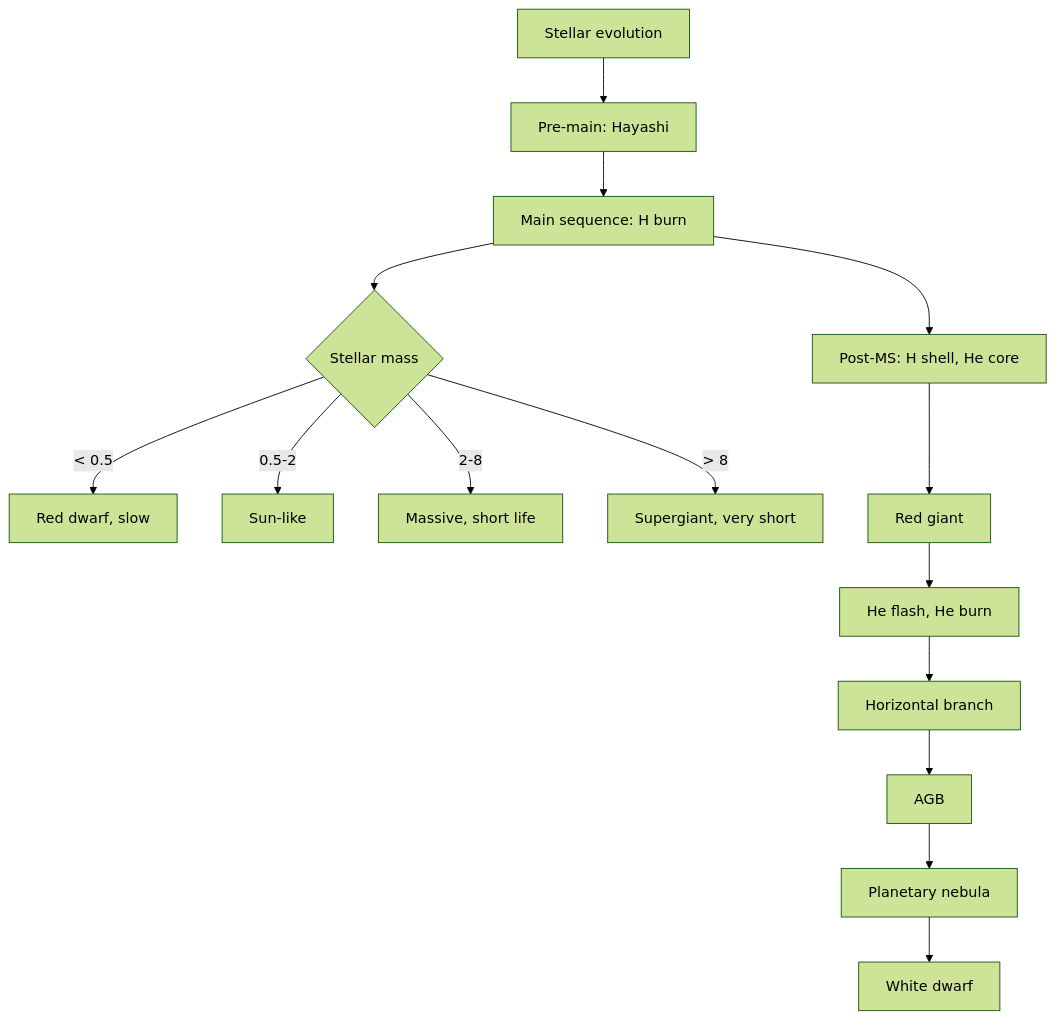
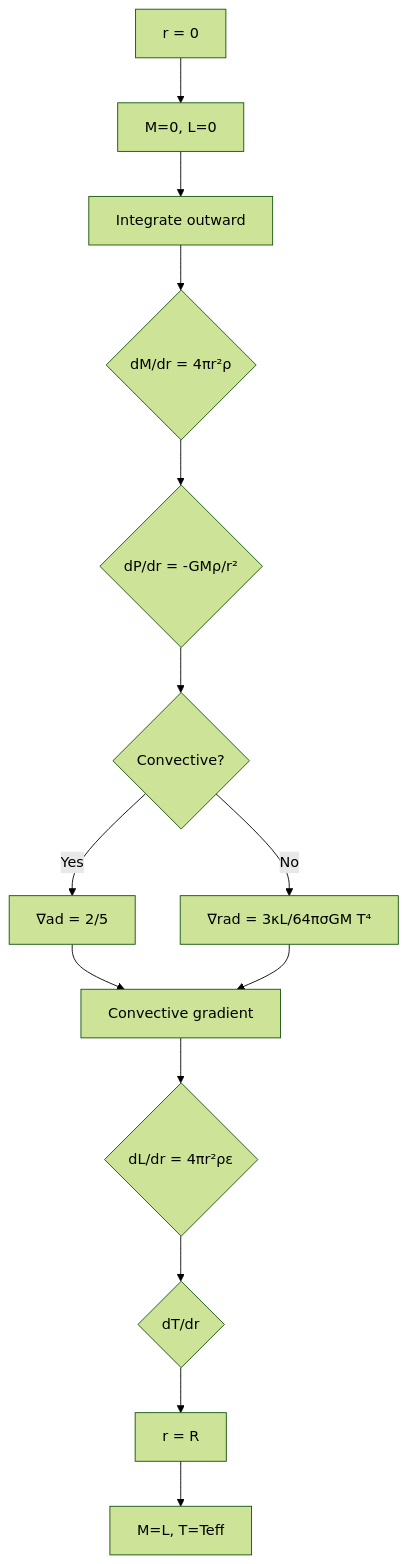
The fourth of 7 diagrams in 01_BSc_Physics/electives/PHYS_3071_Stellar_Astrophysics/README.md (yip-lgtm/PhysicsSelfStudy), drawn with Mermaid (forest theme) before and after one commit. The commit also changed other lines of this file and 4 other files, not shown here.

````diff
--- a/01_BSc_Physics/electives/PHYS_3071_Stellar_Astrophysics/README.md
+++ b/01_BSc_Physics/electives/PHYS_3071_Stellar_Astrophysics/README.md
@@ -131,17 +679,16 @@
 ```mermaid
 graph TD
-    A[Stellar evolution] --> B[Pre-main: Hayashi]
-    B --> C[Main sequence: H burn]
-    C --> D{Stellar mass}
-    D -->|< 0.5| E[Red dwarf, slow]
-    D -->|0.5-2| F[Sun-like]
-    D -->|2-8| G[Massive, short life]
-    D -->|> 8| H[Supergiant, very short]
-    C --> I[Post-MS: H shell, He core]
-    I --> J[Red giant]
-    J --> K[He flash, He burn]
-    K --> L[Horizontal branch]
-    L --> M[AGB]
-    M --> N[Planetary nebula]
-    N --> O[White dwarf]
+    A[r = 0] --> B[M=0, L=0]
+    B --> C[Integrate outward]
+    C --> D{dM/dr = 4πr²ρ}
+    D --> E{dP/dr = -GMρ/r²}
+    E --> F{Convective?}
+    F -->|Yes| G[∇ad = 2/5]
+    F -->|No| H[∇rad = 3κL/64πσGM T⁴]
+    G --> I[Convective gradient]
+    H --> I
+    I --> J{dL/dr = 4πr²ρε}
+    J --> K{dT/dr}
+    K --> L[r = R]
+    L --> M[M=L, T=Teff]
 ```
````
